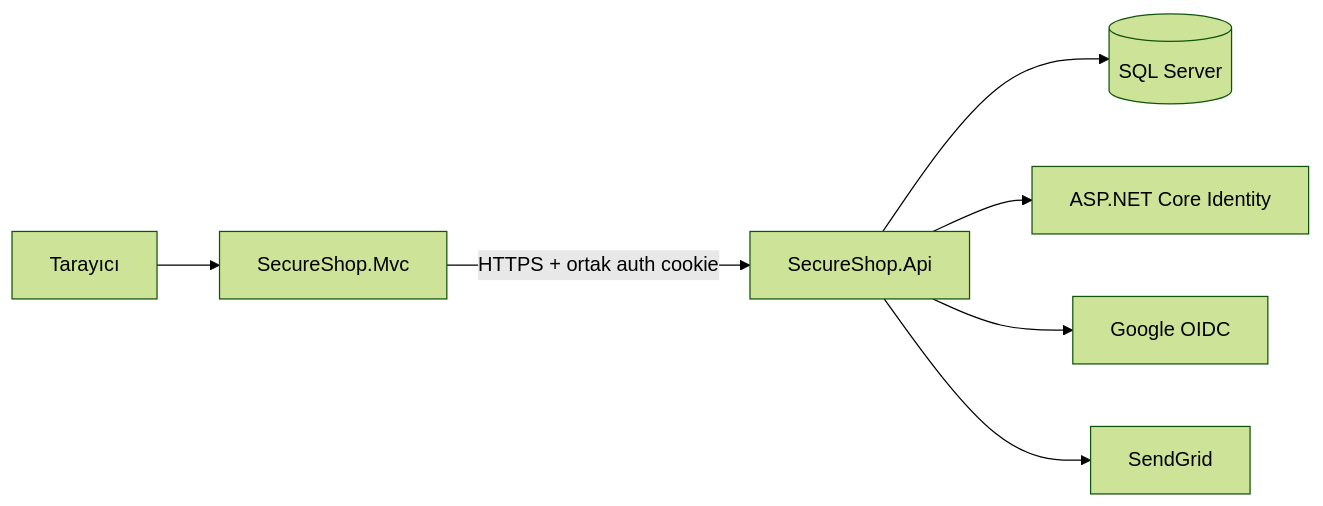
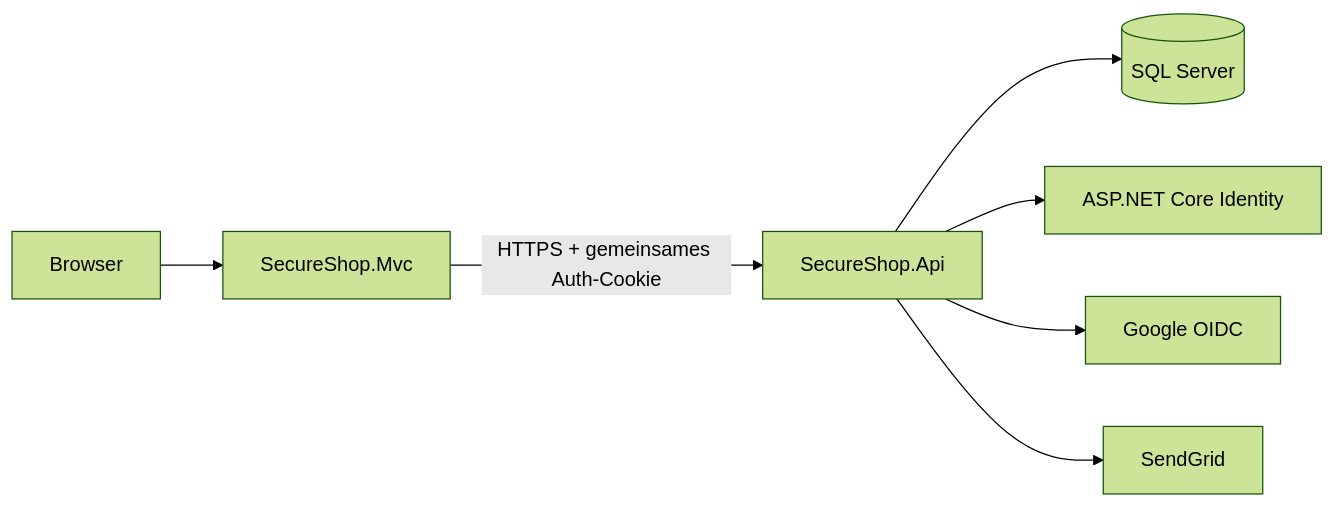
Before and after one commit to mustafa-oezdemir/SecureShop: the diagram in README.md, drawn with Mermaid (forest theme). The commit also changed other lines of this file and 1 other file, not shown here.

````diff
--- a/README.md
+++ b/README.md
@@ -71,9 +73,9 @@
 ```mermaid
 flowchart LR
-    U[Tarayıcı] --> MVC[SecureShop.Mvc]
-    MVC -->|HTTPS + ortak auth cookie| API[SecureShop.Api]
+    U[Browser] --> MVC[SecureShop.Mvc]
+    MVC -->|HTTPS + gemeinsames Auth-Cookie| API[SecureShop.Api]
     API --> DB[(SQL Server)]
     API --> ID[ASP.NET Core Identity]
     API --> GOOGLE[Google OIDC]
     API --> MAIL[SendGrid]
 ```
````
